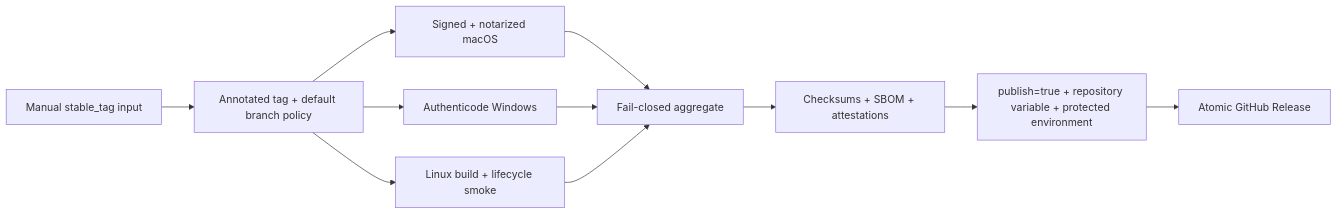
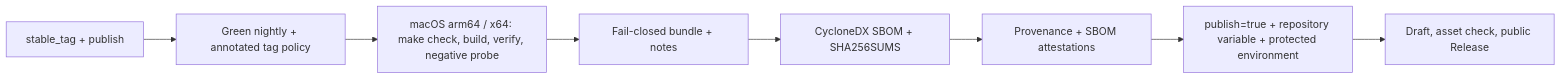
Before and after one commit to TheSyart/emperor-agent: the diagram in docs/release/stable-release-runbook.md, drawn with Mermaid. The commit also changed other lines of this file and 6 other files, not shown here.

First line of the commit message:
docs(release): the Stable runbook is current: unsigned, sealed, how to release

````diff
--- a/docs/release/stable-release-runbook.md
+++ b/docs/release/stable-release-runbook.md
@@ -65,13 +50,10 @@
 ```mermaid
 flowchart LR
-  Manual["Manual stable_tag input"] --> Policy["Annotated tag + default branch policy"]
-  Policy --> Mac["Signed + notarized macOS"]
-  Policy --> Win["Authenticode Windows"]
-  Policy --> Linux["Linux build + lifecycle smoke"]
-  Mac --> Aggregate["Fail-closed aggregate"]
-  Win --> Aggregate
-  Linux --> Aggregate
-  Aggregate --> Attest["Checksums + SBOM + attestations"]
+  Manual["stable_tag + publish"] --> Policy["Green nightly + annotated tag policy"]
+  Policy --> Mac["macOS arm64 / x64: make check, build, verify, negative probe"]
+  Mac --> Aggregate["Fail-closed bundle + notes"]
+  Aggregate --> SBOM["CycloneDX SBOM + SHA256SUMS"]
+  SBOM --> Attest["Provenance + SBOM attestations"]
   Attest --> Gate["publish=true + repository variable + protected environment"]
-  Gate --> Publish["Atomic GitHub Release"]
+  Gate --> Publish["Draft, asset check, public Release"]
 ```
````
